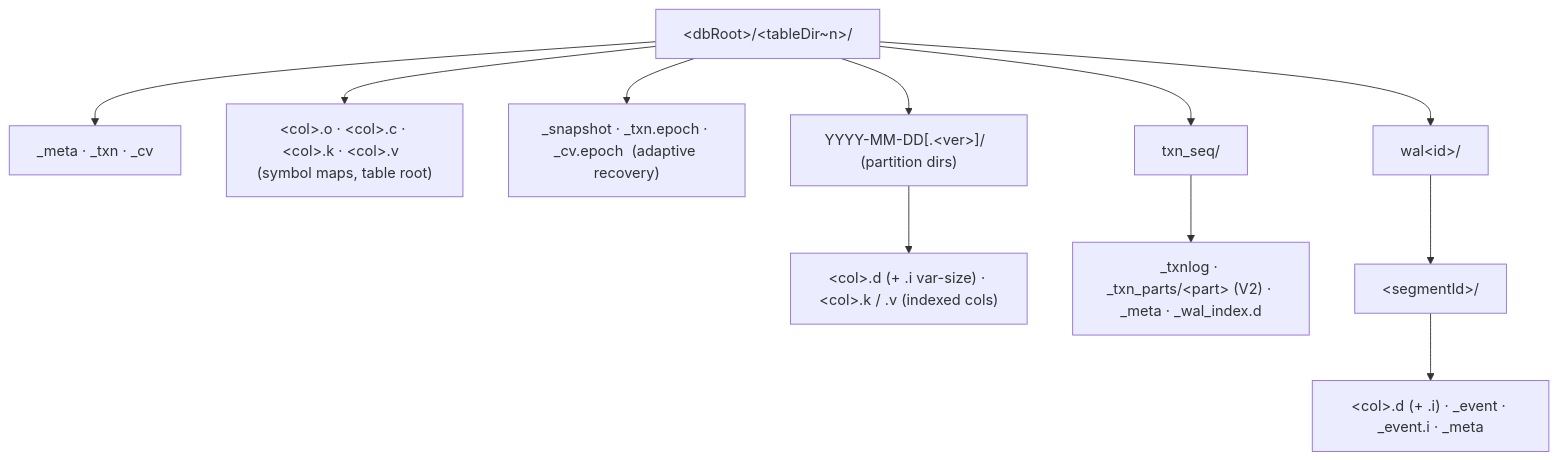
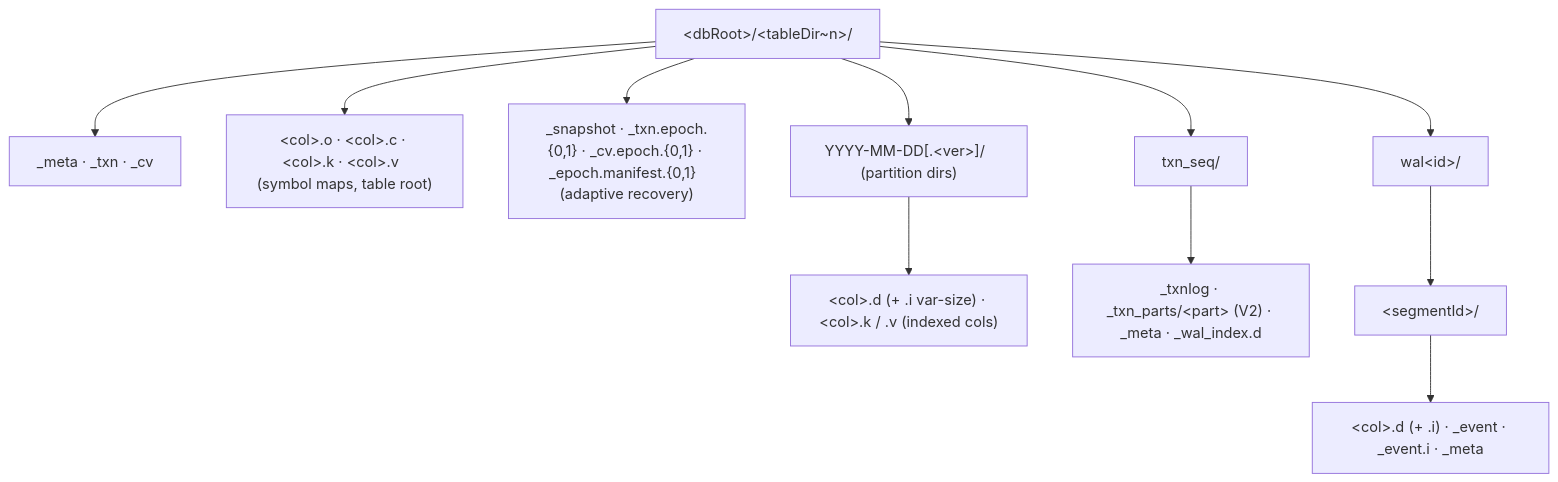
Before and after one commit to questdb/questdb: the second of 4 diagrams in docs/adaptive-commit-internals.md, drawn with Mermaid. The commit also changed other lines of this file and 22 other files, not shown here.

````diff
--- a/docs/adaptive-commit-internals.md
+++ b/docs/adaptive-commit-internals.md
@@ -175,17 +175,17 @@
 ```mermaid
 flowchart TD
     ROOT["&lt;dbRoot&gt;/&lt;tableDir~n&gt;/"]
 
     ROOT --> TBLF["_meta · _txn · _cv"]
     ROOT --> SYMF["&lt;col&gt;.o · &lt;col&gt;.c · &lt;col&gt;.k · &lt;col&gt;.v  (symbol maps, table root)"]
-    ROOT --> EPO["_snapshot · _txn.epoch · _cv.epoch  (adaptive recovery)"]
+    ROOT --> EPO["_snapshot · _txn.epoch.{0,1} · _cv.epoch.{0,1} · _epoch.manifest.{0,1}  (adaptive recovery)"]
     ROOT --> PART["YYYY-MM-DD[.&lt;ver&gt;]/  (partition dirs)"]
     PART --> PCOL["&lt;col&gt;.d (+ .i var-size) · &lt;col&gt;.k / .v (indexed cols)"]
 
     ROOT --> SEQD["txn_seq/"]
     SEQD --> SEQF["_txnlog · _txn_parts/&lt;part&gt; (V2) · _meta · _wal_index.d"]
 
     ROOT --> WALD["wal&lt;id&gt;/"]
     WALD --> SEGD["&lt;segmentId&gt;/"]
     SEGD --> SEGF["&lt;col&gt;.d (+ .i) · _event · _event.i · _meta"]
 ```
````
